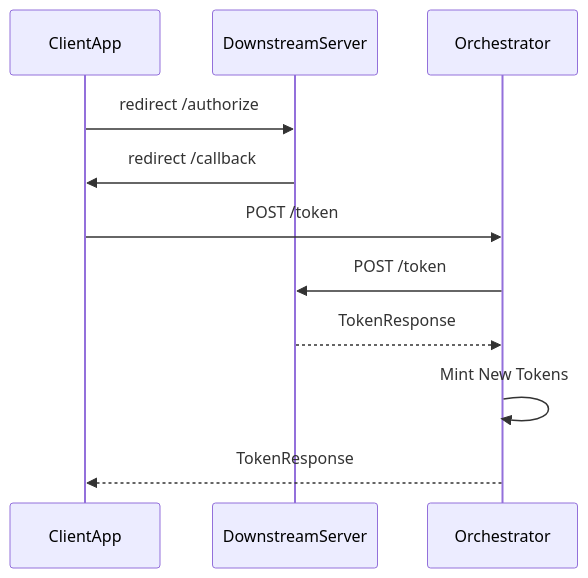
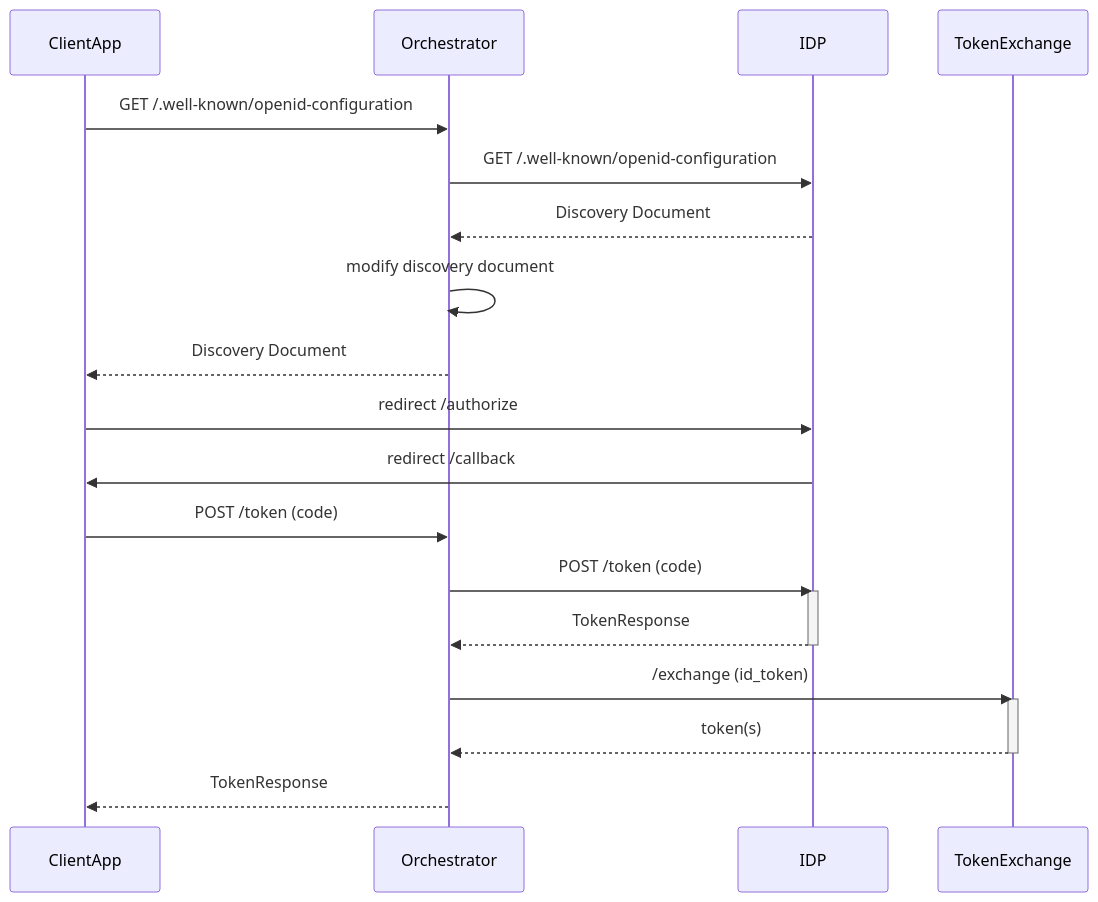
One commit to fluffy-bunny/oidc-orchestrator changed the diagram in README.md. Above: the diagram before and after it, drawn with Mermaid. The commit also changed other lines of this file, not shown here.

````diff
--- a/README.md
+++ b/README.md
@@ -15,10 +17,21 @@
 ```mermaid
 sequenceDiagram
-    ClientApp->>DownstreamServer: redirect /authorize
-    DownstreamServer->>ClientApp: redirect /callback
-    ClientApp->>Orchestrator: POST /token
-    Orchestrator->>DownstreamServer: POST /token
-    DownstreamServer-->>Orchestrator: TokenResponse
-    Orchestrator->>Orchestrator: Mint New Tokens
+
+    ClientApp->>Orchestrator: GET /.well-known/openid-configuration
+    Orchestrator->>IDP: GET /.well-known/openid-configuration
+    IDP-->>Orchestrator: Discovery Document
+    Orchestrator->>Orchestrator: modify discovery document
+    Orchestrator-->>ClientApp: Discovery Document
+    ClientApp->>IDP: redirect /authorize
+    IDP->>ClientApp: redirect /callback
+    ClientApp->>Orchestrator: POST /token (code)
+    Orchestrator->>IDP: POST /token (code)
+    activate IDP
+    IDP-->>Orchestrator: TokenResponse
+    deactivate  IDP
+    Orchestrator->>TokenExchange: /exchange (id_token)
+    activate TokenExchange
+    TokenExchange-->>Orchestrator: token(s)
+    deactivate  TokenExchange
     Orchestrator-->>ClientApp: TokenResponse
 ```
````
